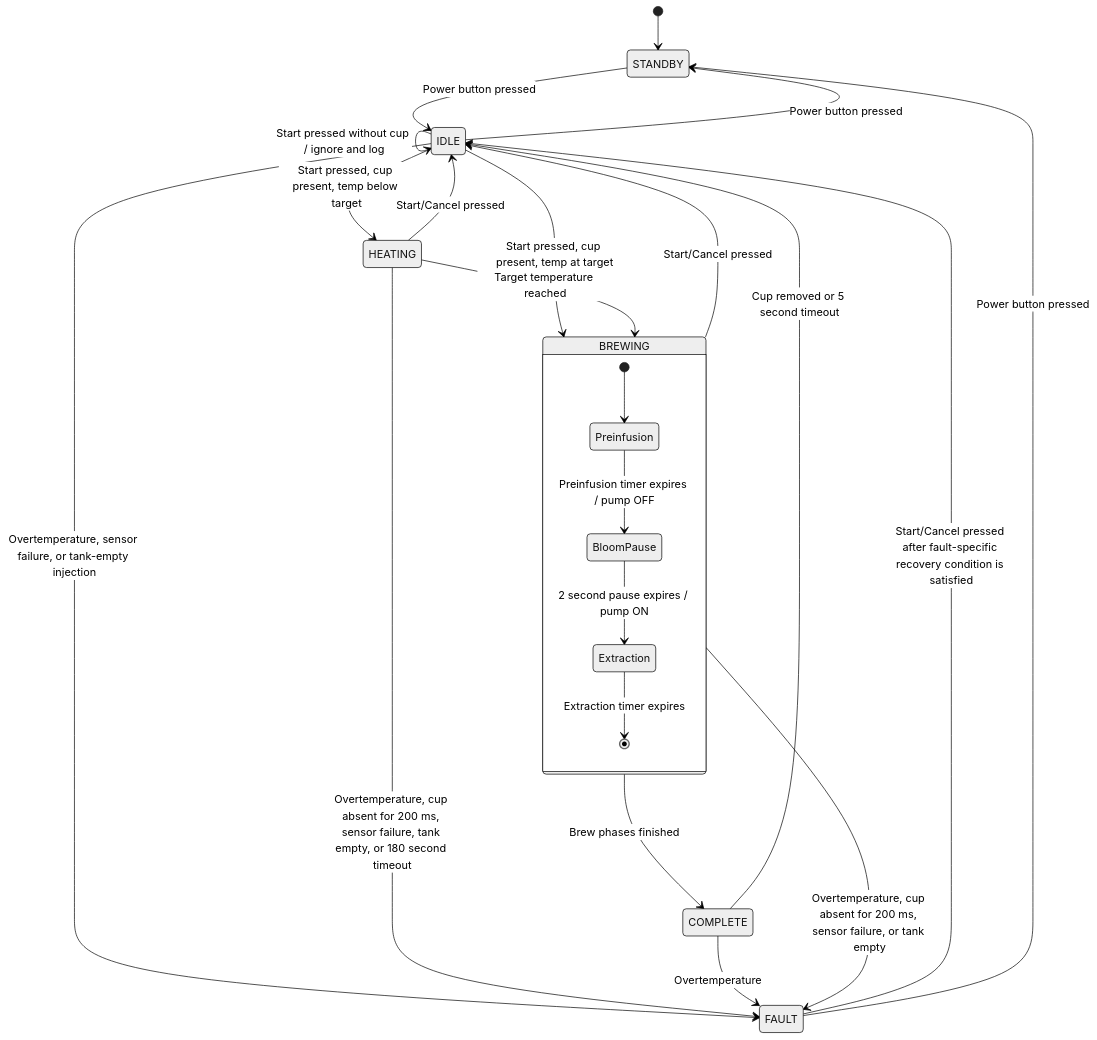
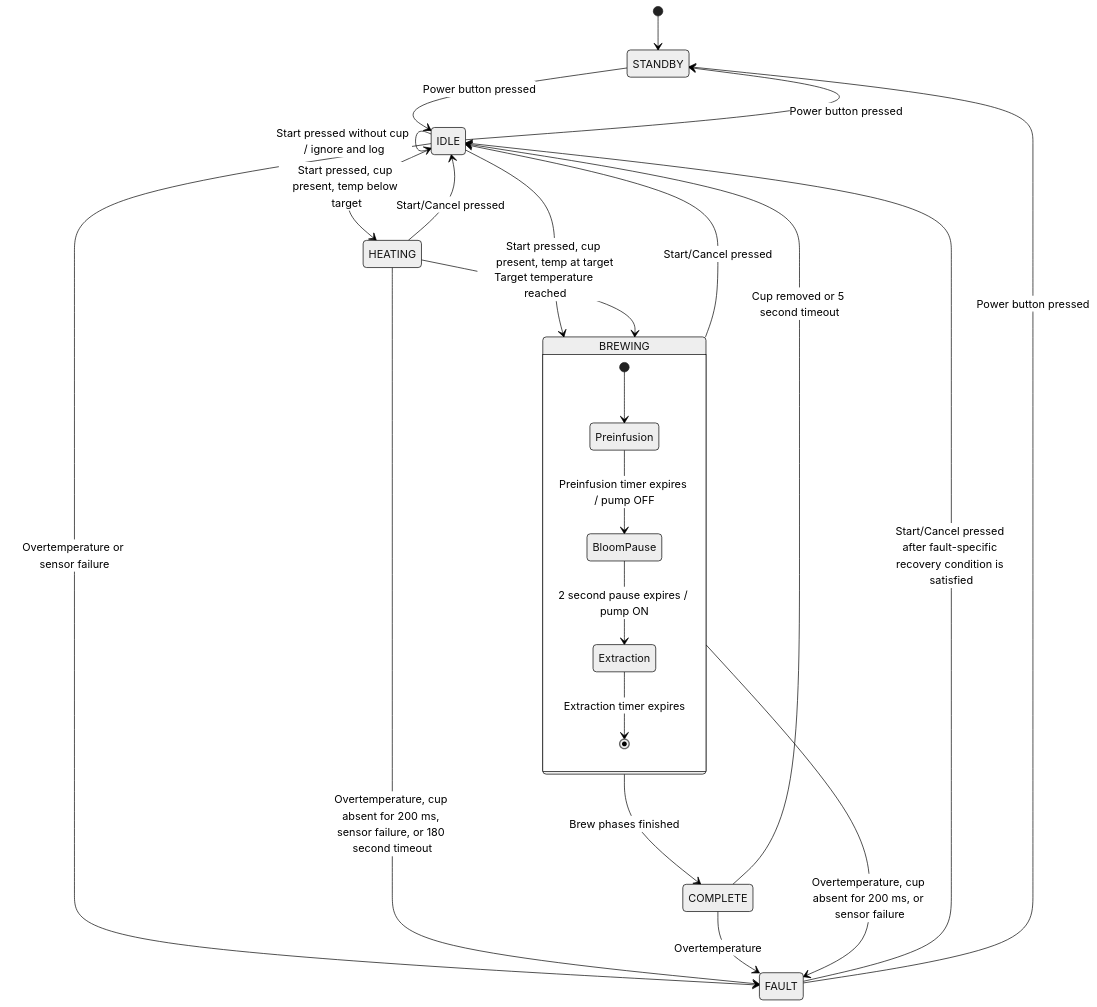
Before and after one commit to collected5599/EmbeddedC_FinalProject: the second of 2 diagrams in Documentation/Diagrams/COFFEE_MAKER_FUNCTIONAL_BLOCK_DIAGRAM.md, drawn with Mermaid (neutral theme). The commit also changed other lines of this file and 95 other files, not shown here.

````diff
--- a/Documentation/Diagrams/COFFEE_MAKER_FUNCTIONAL_BLOCK_DIAGRAM.md
+++ b/Documentation/Diagrams/COFFEE_MAKER_FUNCTIONAL_BLOCK_DIAGRAM.md
@@ -51,31 +55,31 @@
 ```mermaid
 stateDiagram-v2
     [*] --> STANDBY
     STANDBY --> IDLE: Power button pressed
     IDLE --> STANDBY: Power button pressed
 
     IDLE --> HEATING: Start pressed, cup present, temp below target
     IDLE --> BREWING: Start pressed, cup present, temp at target
     IDLE --> IDLE: Start pressed without cup / ignore and log
 
     HEATING --> BREWING: Target temperature reached
     HEATING --> IDLE: Start/Cancel pressed
     BREWING --> IDLE: Start/Cancel pressed
     BREWING --> COMPLETE: Brew phases finished
     COMPLETE --> IDLE: Cup removed or 5 second timeout
 
-    IDLE --> FAULT: Overtemperature, sensor failure, or tank-empty injection
-    HEATING --> FAULT: Overtemperature, cup absent for 200 ms, sensor failure, tank empty, or 180 second timeout
-    BREWING --> FAULT: Overtemperature, cup absent for 200 ms, sensor failure, or tank empty
+    IDLE --> FAULT: Overtemperature or sensor failure
+    HEATING --> FAULT: Overtemperature, cup absent for 200 ms, sensor failure, or 180 second timeout
+    BREWING --> FAULT: Overtemperature, cup absent for 200 ms, or sensor failure
     COMPLETE --> FAULT: Overtemperature
 
     FAULT --> IDLE: Start/Cancel pressed after fault-specific recovery condition is satisfied
     FAULT --> STANDBY: Power button pressed
 
     state BREWING {
         [*] --> Preinfusion
         Preinfusion --> BloomPause: Preinfusion timer expires / pump OFF
         BloomPause --> Extraction: 2 second pause expires / pump ON
         Extraction --> [*]: Extraction timer expires
     }
 ```
````
